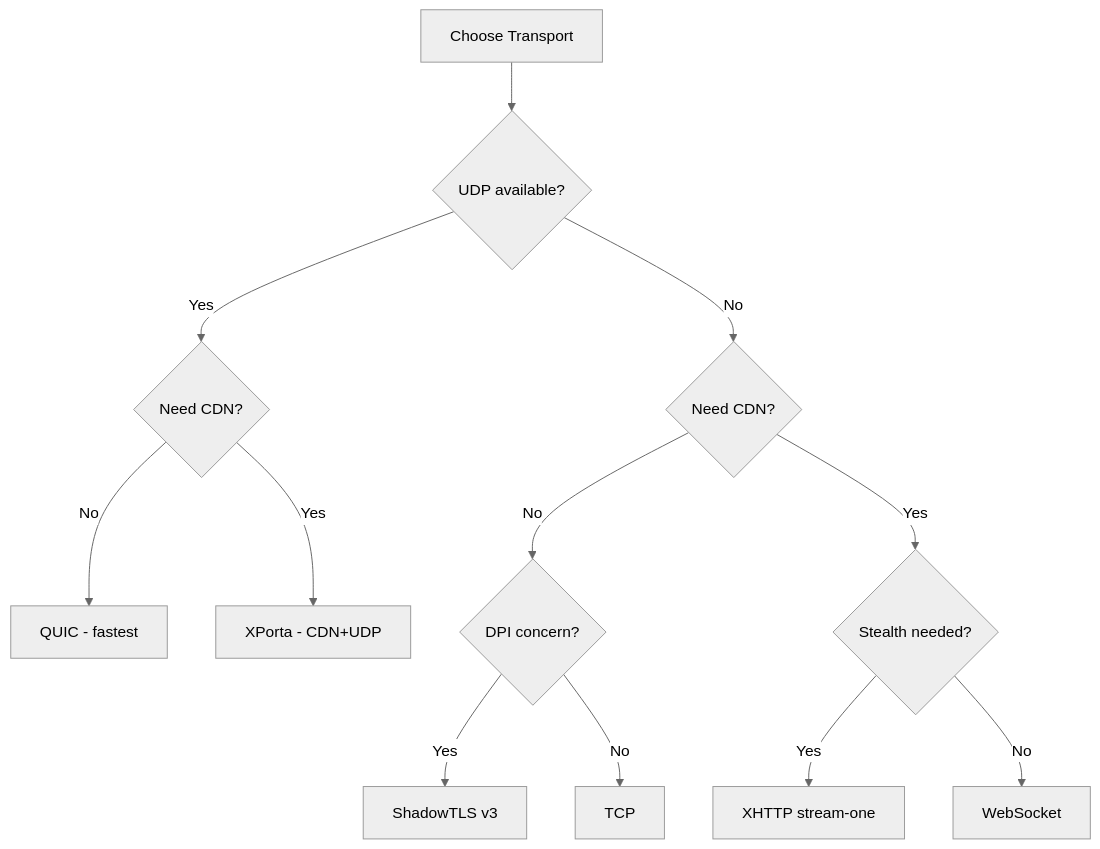
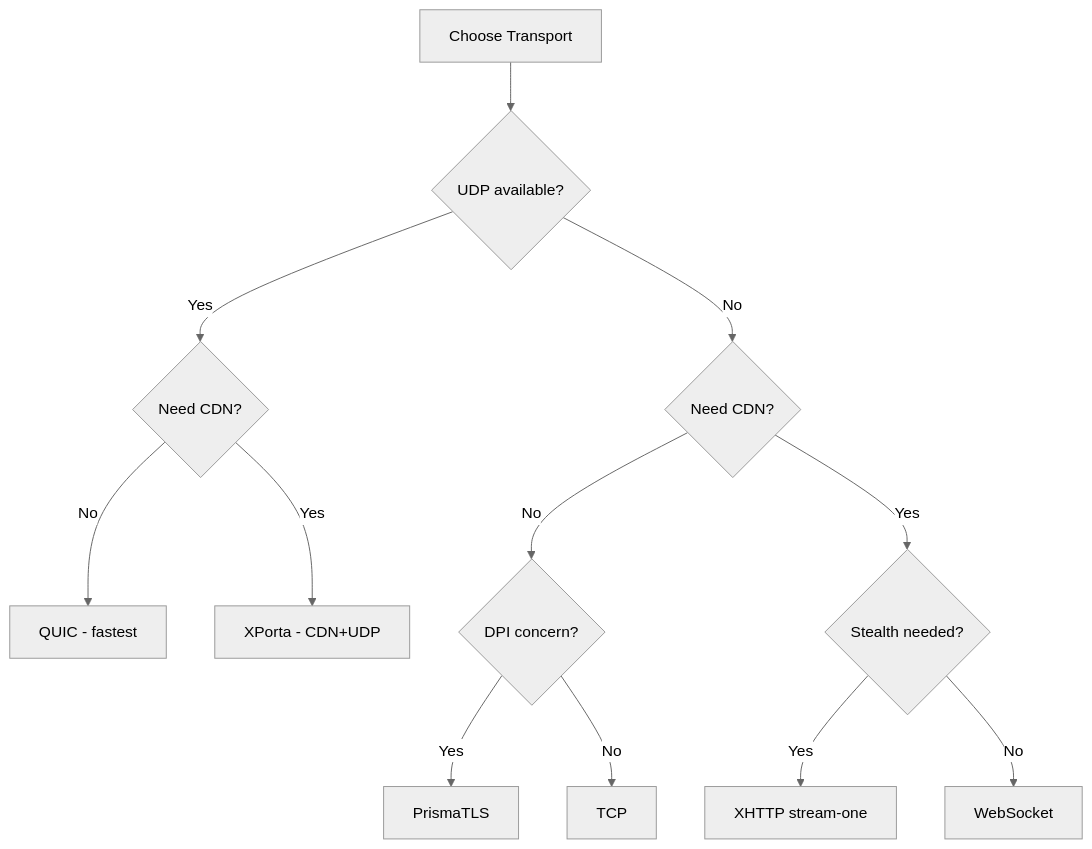
Before and after one commit to prisma-proxy/prisma: the diagram in docs/docs/configuration/client.md, drawn with Mermaid (neutral theme). The commit also changed other lines of this file and 37 other files, not shown here.

Commit message:
docs: remove ShadowTLS references, update transport count to 8

````diff
--- a/docs/docs/configuration/client.md
+++ b/docs/docs/configuration/client.md
@@ -384,14 +375,14 @@
 ```mermaid
 flowchart TD
     A[Choose Transport] --> B{UDP available?}
     B -->|Yes| C{Need CDN?}
     B -->|No| D{Need CDN?}
     C -->|No| E[QUIC - fastest]
     C -->|Yes| F[XPorta - CDN+UDP]
     D -->|No| G{DPI concern?}
     D -->|Yes| H{Stealth needed?}
-    G -->|Yes| I[ShadowTLS v3]
+    G -->|Yes| I[PrismaTLS]
     G -->|No| J[TCP]
     H -->|Yes| K[XHTTP stream-one]
     H -->|No| L[WebSocket]
 ```
````
